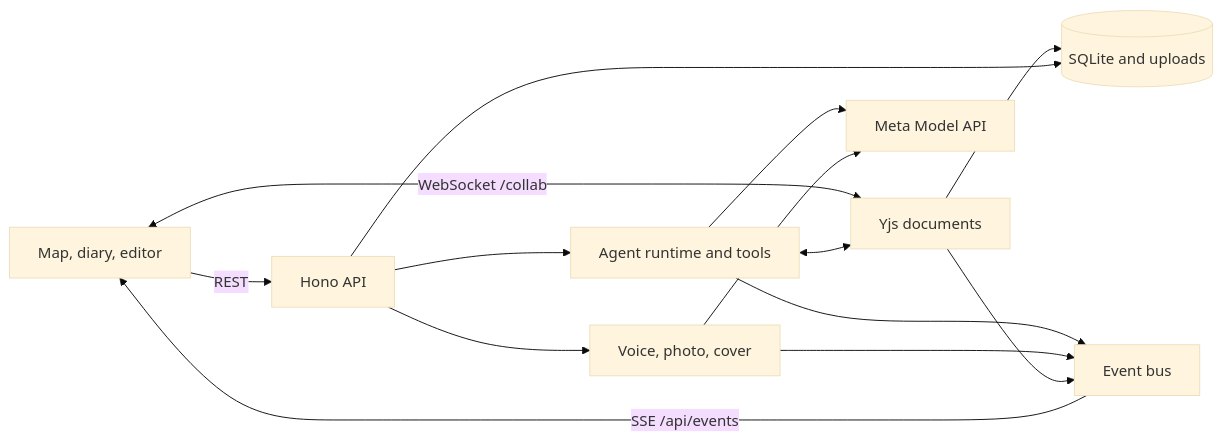
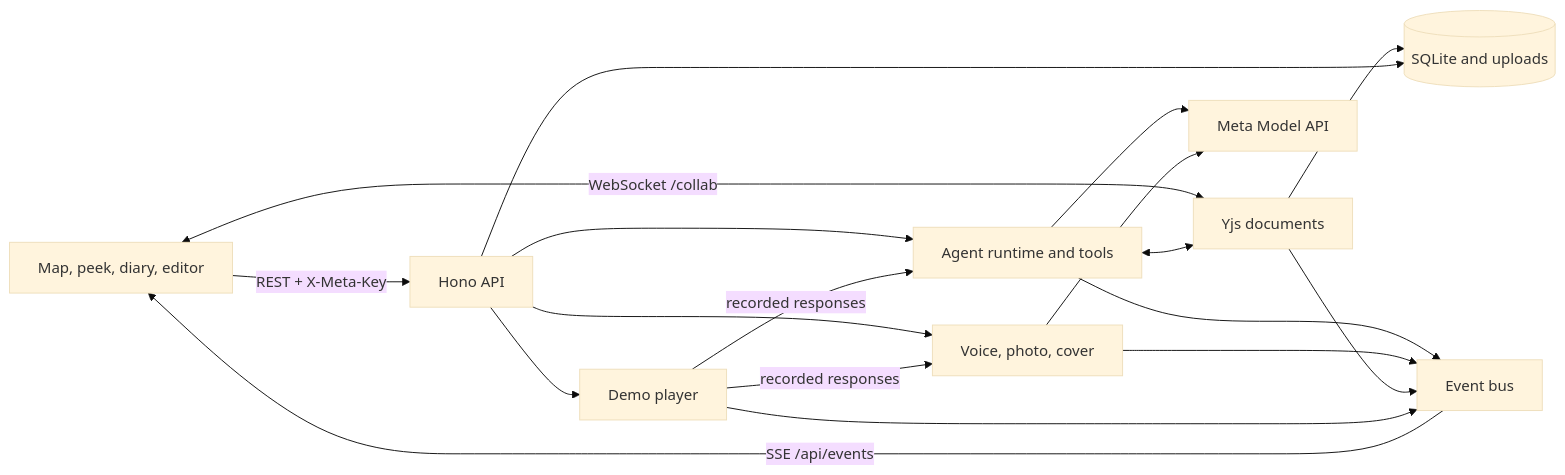
Before and after one commit to GLDRoger/inkwell: the diagram in README.md, drawn with Mermaid (base theme). The commit also changed other lines of this file and 6 other files, not shown here.

````diff
--- a/README.md
+++ b/README.md
@@ -47,14 +71,17 @@
 ```mermaid
 flowchart LR
-    UI[Map, diary, editor] -->|REST| API[Hono API]
+    UI[Map, peek, diary, editor] -->|REST + X-Meta-Key| API[Hono API]
     UI <-->|WebSocket /collab| DOC[Yjs documents]
     API --> RUN[Agent runtime and tools]
     API --> MEDIA[Voice, photo, cover]
+    API --> DEMO[Demo player]
+    DEMO -->|recorded responses| RUN
+    DEMO -->|recorded responses| MEDIA
     RUN <--> DOC
     RUN --> META[Meta Model API]
     MEDIA --> META
     DOC --> DB[(SQLite and uploads)]
     API --> DB
-    RUN & MEDIA & DOC --> BUS[Event bus]
+    RUN & MEDIA & DOC & DEMO --> BUS[Event bus]
     BUS -->|SSE /api/events| UI
 ```
````
